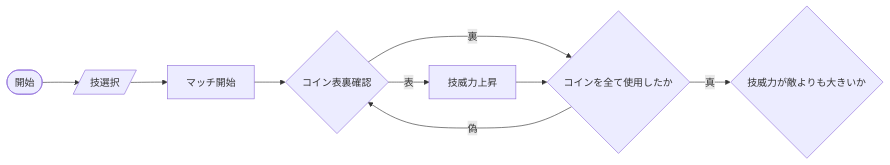
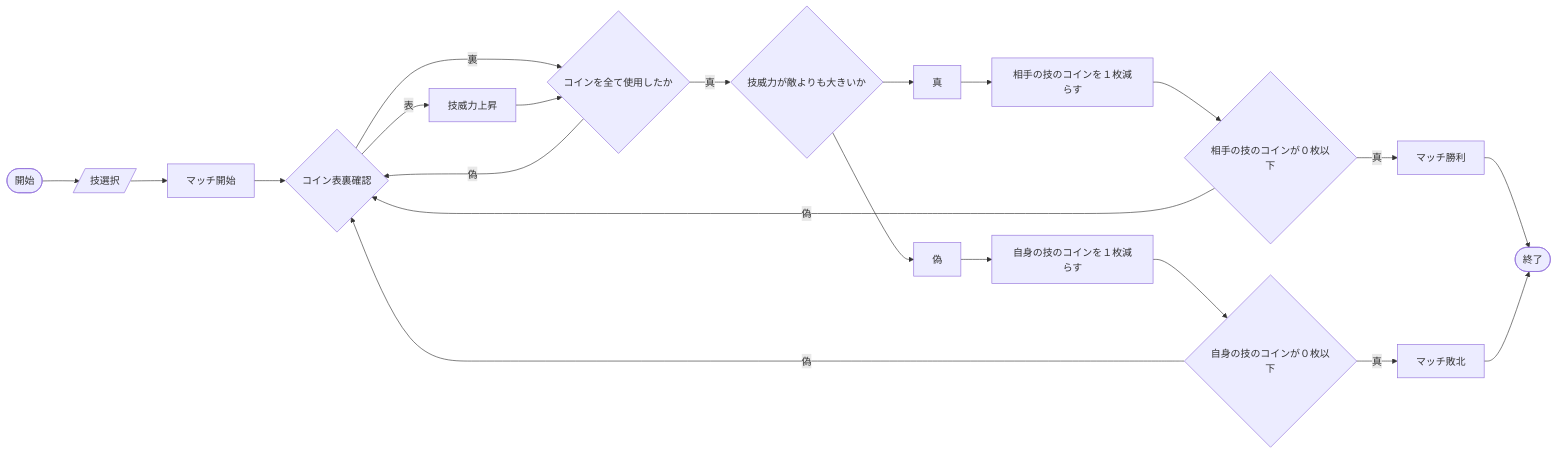
One commit to tpu-game-2023/mermaid_test changed the first of 3 diagrams in README.md. Above: the diagram before and after it, drawn with Mermaid.

Commit message:
見取り図バグ確認

````diff
--- a/README.md
+++ b/README.md
@@ -20,13 +20,20 @@
 ```mermaid
 flowchart LR;
    A([開始]) --> B[/技選択/];
    B --> C[マッチ開始];
    C --> D{コイン表裏確認};
    D --表-->E[技威力上昇];
    D --裏--> F{コインを全て使用したか};
    E-->F;
    F--真-->G{技威力が敵よりも大きいか};
    F--偽-->D;
-   
-
+   G-->真-->H[相手の技のコインを１枚減らす];
+   G-->偽-->I[自身の技のコインを１枚減らす];
+   H-->J{相手の技のコインが０枚以下};
+   I-->K{自身の技のコインが０枚以下};
+   J--真-->L[マッチ勝利];
+   J--偽-->D;
+   K--真-->M[マッチ敗北];
+   K--偽-->D;
+   L-->N([終了]);M-->N;
 ```
````
